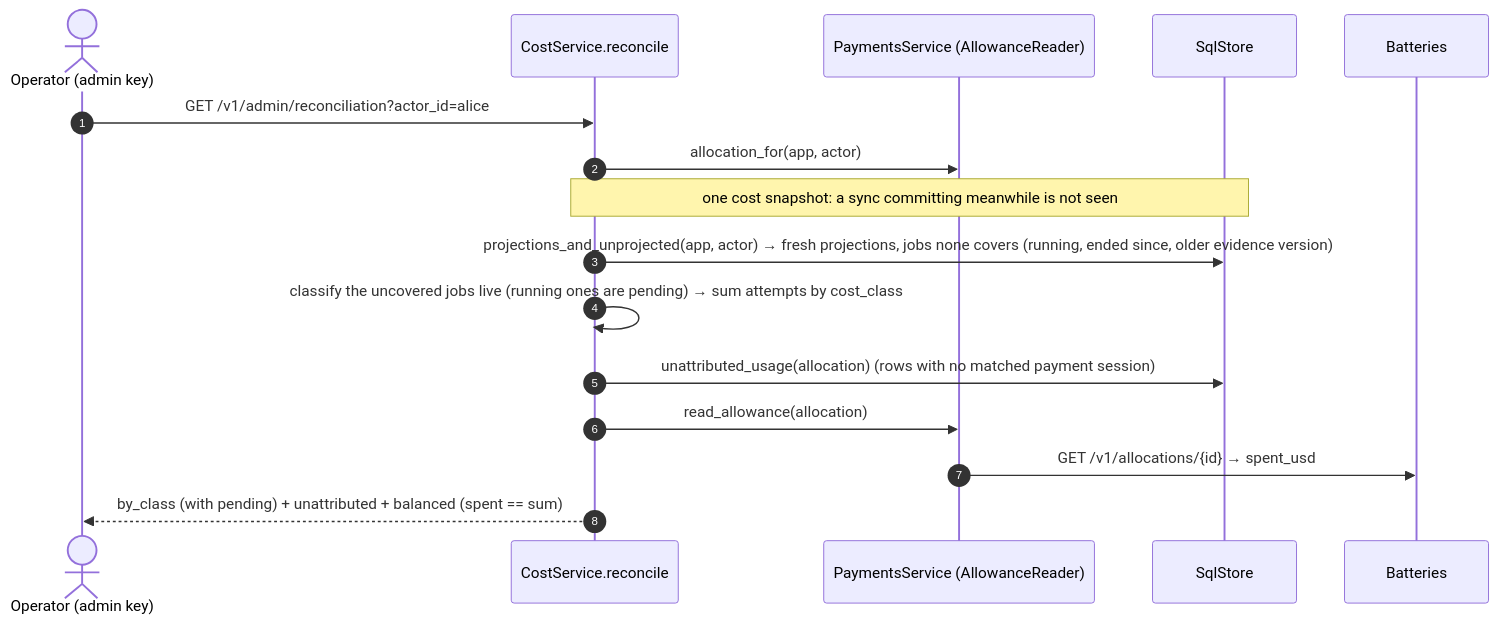
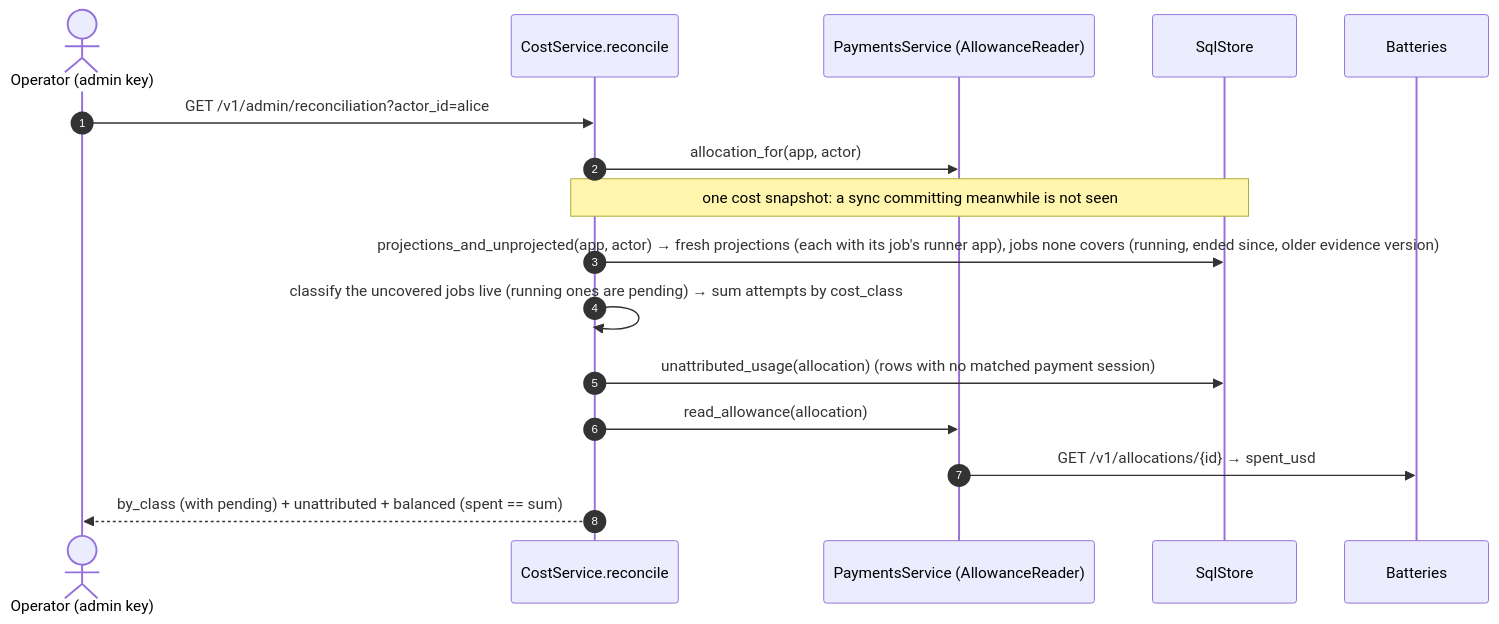
One commit to NE-Build-Track/livepeer-builder-core changed the eighth of 12 diagrams in docs/design-docs/architecture-diagrams.md. Above: the diagram before and after it, drawn with Mermaid. The commit also changed 29 other files, not shown here.

````diff
--- a/docs/design-docs/architecture-diagrams.md
+++ b/docs/design-docs/architecture-diagrams.md
@@ -272,18 +272,18 @@
 ```mermaid
 sequenceDiagram
     autonumber
     actor Op as Operator (admin key)
     participant C as CostService.reconcile
     participant Pay as PaymentsService (AllowanceReader)
     participant DB as SqlStore
     participant Bat as Batteries
     Op->>C: GET /v1/admin/reconciliation?actor_id=alice
     C->>Pay: allocation_for(app, actor)
     Note over C,DB: one cost snapshot: a sync committing meanwhile is not seen
-    C->>DB: projections_and_unprojected(app, actor) → fresh projections, jobs none covers (running, ended since, older evidence version)
+    C->>DB: projections_and_unprojected(app, actor) → fresh projections (each with its job's runner app), jobs none covers (running, ended since, older evidence version)
     C->>C: classify the uncovered jobs live (running ones are pending) → sum attempts by cost_class
     C->>DB: unattributed_usage(allocation) (rows with no matched payment session)
     C->>Pay: read_allowance(allocation)
     Pay->>Bat: GET /v1/allocations/{id} → spent_usd
     C-->>Op: by_class (with pending) + unattributed + balanced (spent == sum)
 ```
````
